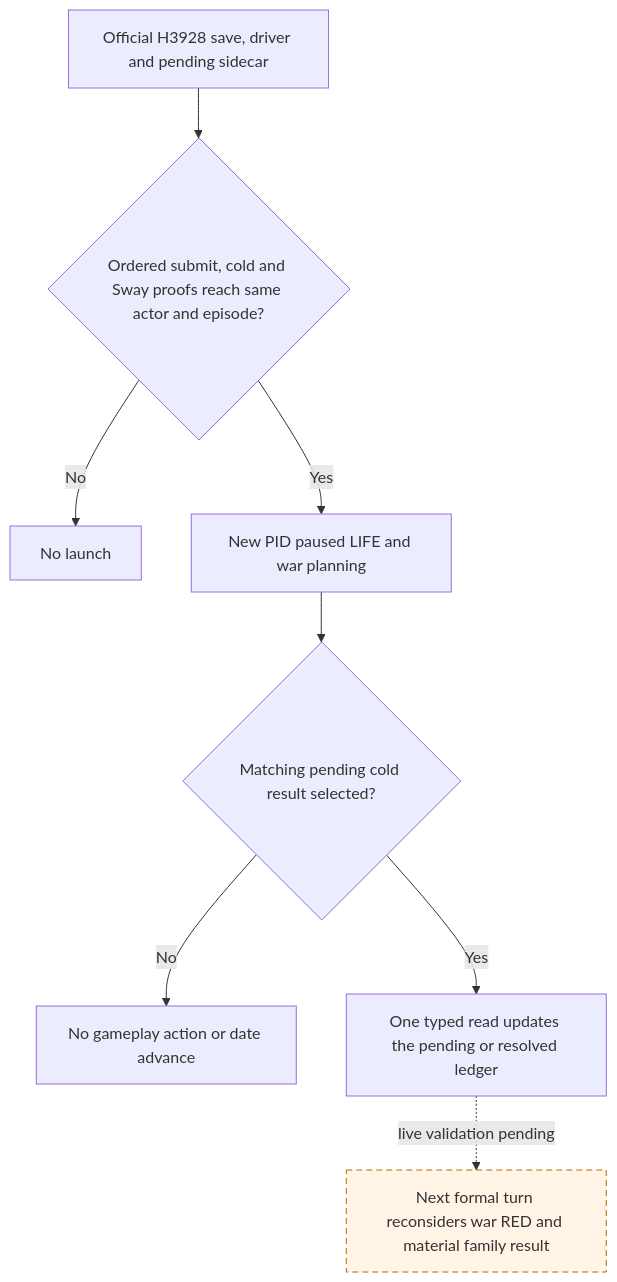
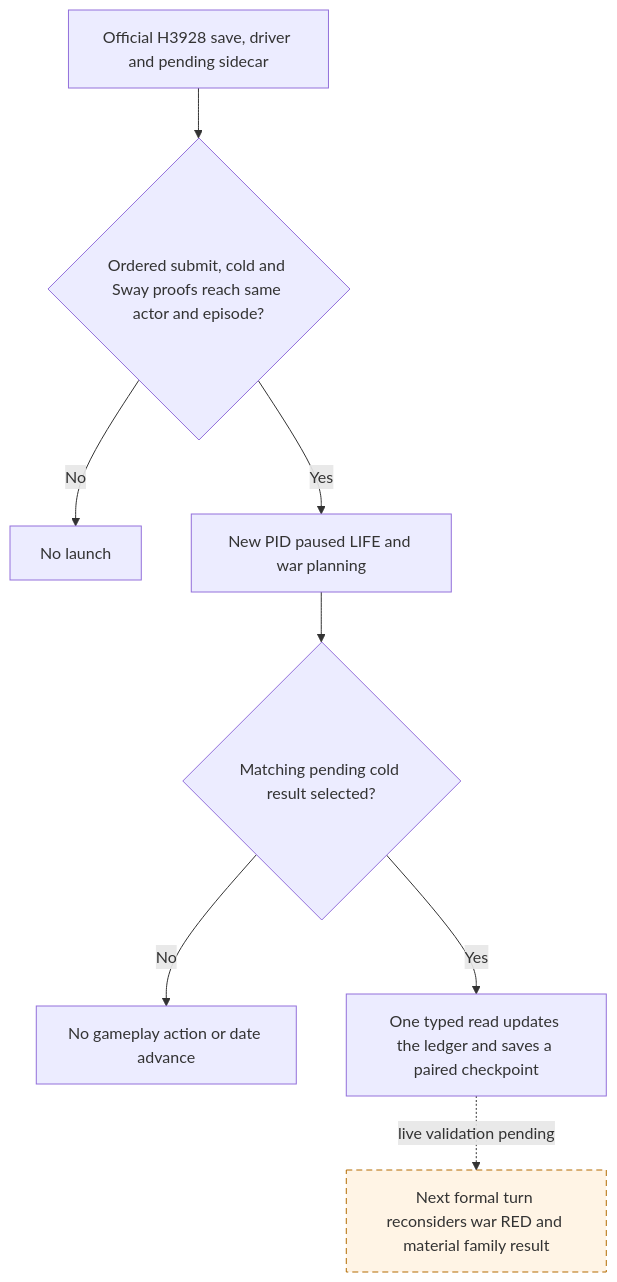
Before and after one commit to XenoAmess/ck3_eternal_recurrence: the third of 3 diagrams in docs/ck3-native-ai/emma-matrilineal-option-2026-09-28.md, drawn with Mermaid. The commit also changed other lines of this file and 2 other files, not shown here.

Commit message:
NW-FAMILY-RECOVERY Checkpoint paired child result read

````diff
--- a/docs/ck3-native-ai/emma-matrilineal-option-2026-09-28.md
+++ b/docs/ck3-native-ai/emma-matrilineal-option-2026-09-28.md
@@ -118,12 +120,12 @@
 ```mermaid
 flowchart TD
     A["Official H3928 save, driver and pending sidecar"] --> B{"Ordered submit, cold and Sway proofs reach same actor and episode?"}
     B -->|No| X["No launch"]
     B -->|Yes| C["New PID paused LIFE and war planning"]
     C --> D{"Matching pending cold result selected?"}
     D -->|No| Y["No gameplay action or date advance"]
-    D -->|Yes| E["One typed read updates the pending or resolved ledger"]
+    D -->|Yes| E["One typed read updates the ledger and saves a paired checkpoint"]
     E -. "live validation pending" .-> F["Next formal turn reconsiders war RED and material family result"]
     classDef unknown stroke-dasharray:6 4,fill:#fff4e5,stroke:#b36b00;
     class F unknown;
 ```
````
